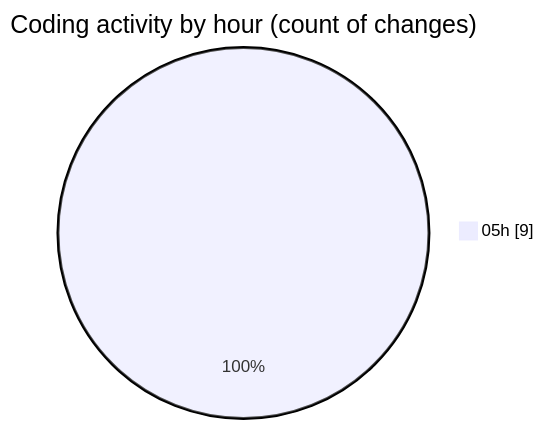
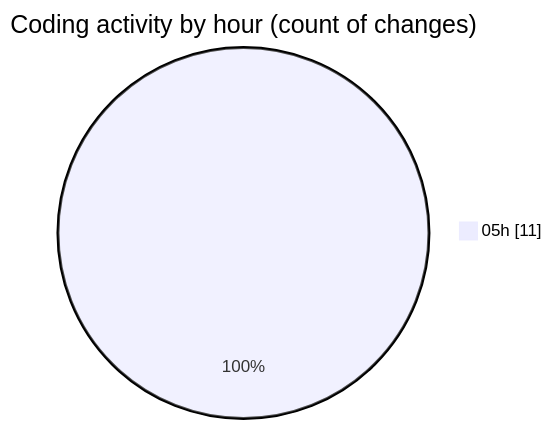
Before and after one commit to charlie-sans/code-tracking: the second of 2 diagrams in 2025-04-03/konstruct/README.md, drawn with Mermaid. The commit also changed other lines of this file and 1 other file, not shown here.

````diff
--- a/2025-04-03/konstruct/README.md
+++ b/2025-04-03/konstruct/README.md
@@ -35,5 +36,5 @@
 ```mermaid
 pie showData
 title Coding activity by hour (count of changes)
-"05h" : 9
+"05h" : 11
 ```
````
